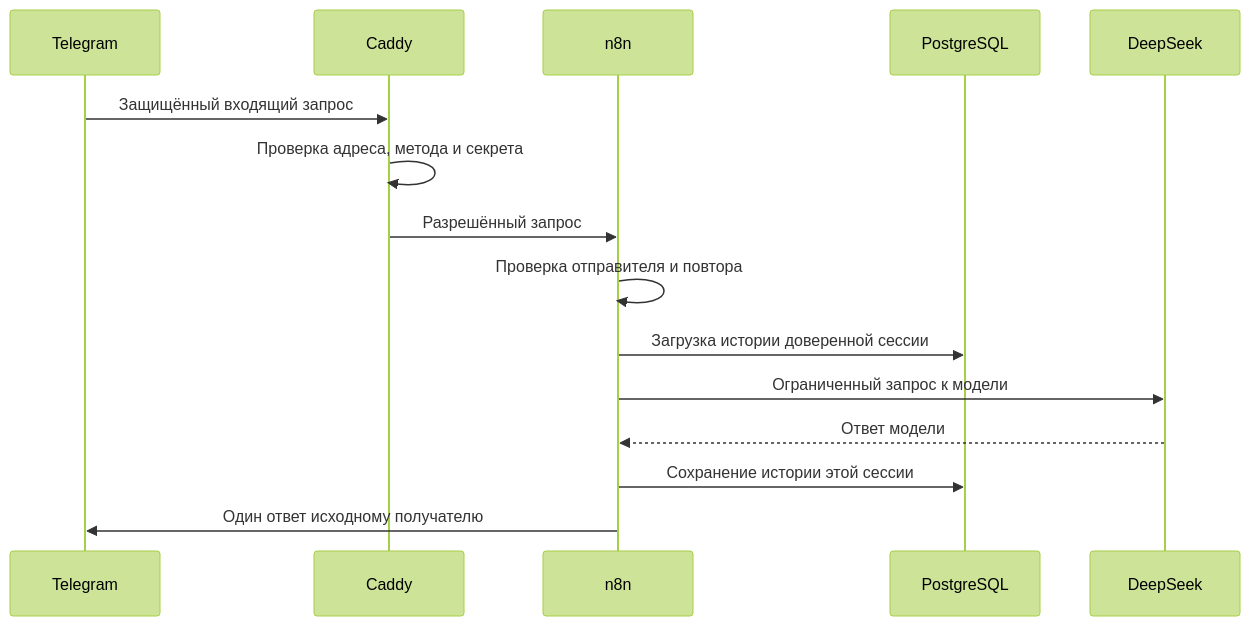
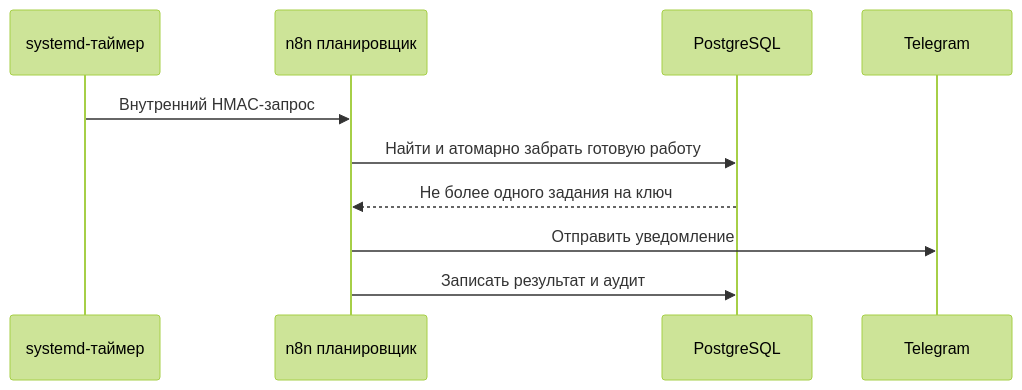
The fourth of 4 diagrams in 05_Система/Схемы/N8NAgents/Runtime_Flows_N8NAgents.md (DmtrGoltsev/ObsidianVault), drawn with Mermaid (forest theme) before and after one commit. The commit also changed other lines of this file and 14 other files, not shown here.

````diff
--- a/05_Система/Схемы/N8NAgents/Runtime_Flows_N8NAgents.md
+++ b/05_Система/Схемы/N8NAgents/Runtime_Flows_N8NAgents.md
@@ -33,17 +82,12 @@
 ```mermaid
 sequenceDiagram
+    participant S as systemd-таймер
+    participant N as n8n планировщик
+    participant P as PostgreSQL
     participant T as Telegram
-    participant C as Caddy
-    participant N as n8n
-    participant P as PostgreSQL
-    participant D as DeepSeek
-    T->>C: Защищённый входящий запрос
-    C->>C: Проверка адреса, метода и секрета
-    C->>N: Разрешённый запрос
-    N->>N: Проверка отправителя и повтора
-    N->>P: Загрузка истории доверенной сессии
-    N->>D: Ограниченный запрос к модели
-    D-->>N: Ответ модели
-    N->>P: Сохранение истории этой сессии
-    N->>T: Один ответ исходному получателю
+    S->>N: Внутренний HMAC-запрос
+    N->>P: Найти и атомарно забрать готовую работу
+    P-->>N: Не более одного задания на ключ
+    N->>T: Отправить уведомление
+    N->>P: Записать результат и аудит
 ```
````
